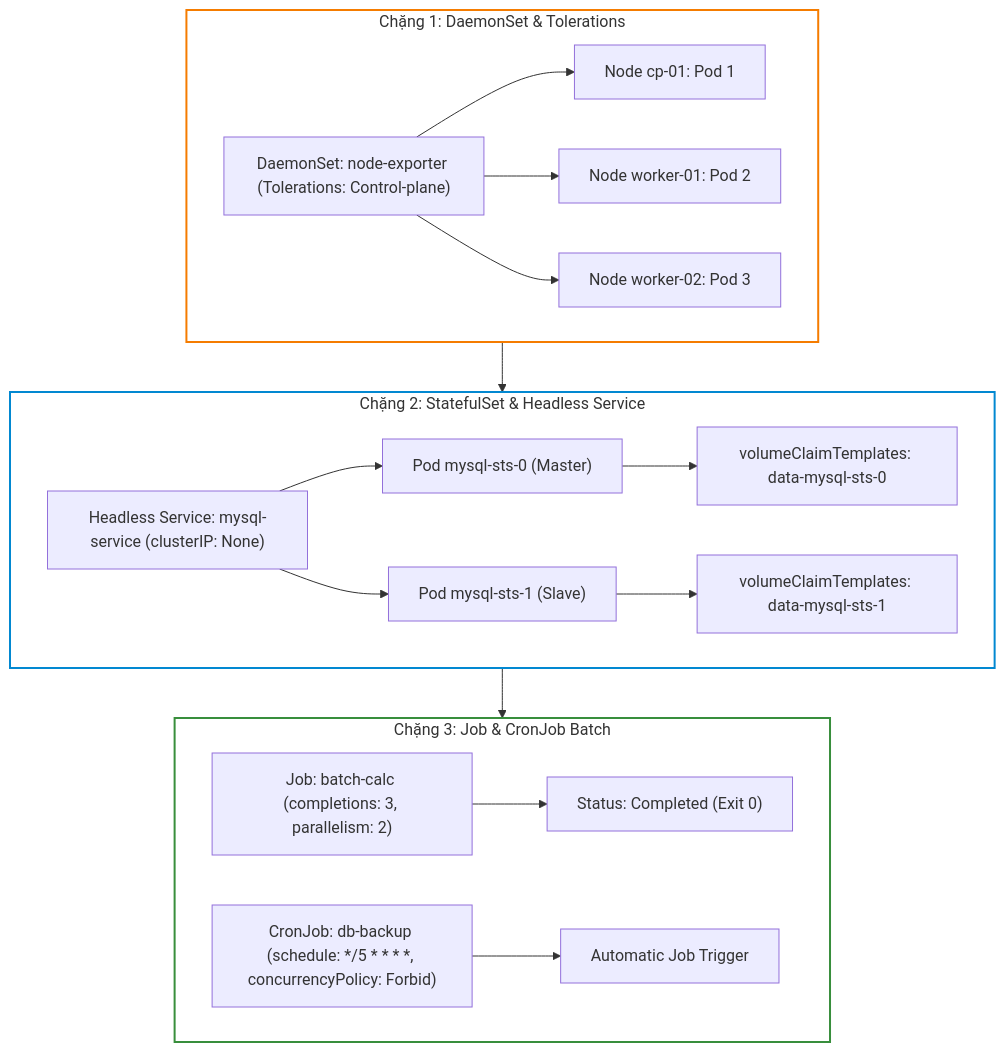
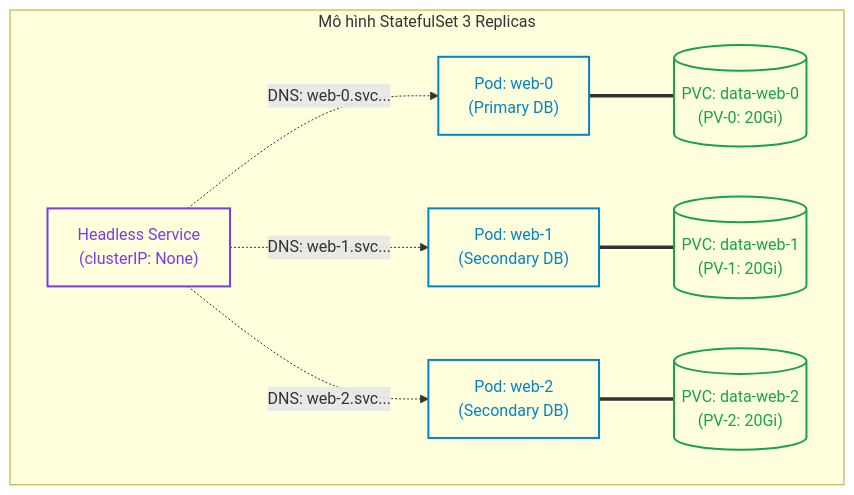
The second of 3 diagrams in _posts/2026-09-12-cka-16-16-daemonset-statefulset-job.md (kiennt308/ntk), drawn with Mermaid before and after one commit. The commit also changed other lines of this file and 39 other files, not shown here.

````diff
--- a/_posts/2026-09-12-cka-16-16-daemonset-statefulset-job.md
+++ b/_posts/2026-09-12-cka-16-16-daemonset-statefulset-job.md
@@ -513,26 +77,29 @@
 ```mermaid
 graph TD
-    subgraph DS_Lab ["Chặng 1: DaemonSet & Tolerations"]
-        DS["DaemonSet: node-exporter (Tolerations: Control-plane)"] --> NODE1["Node cp-01: Pod 1"]
-        DS --> NODE2["Node worker-01: Pod 2"]
-        DS --> NODE3["Node worker-02: Pod 3"]
+    subgraph StatefulSetModel ["Mô hình StatefulSet 3 Replicas"]
+        H_SVC["Headless Service<br>(clusterIP: None)"]
+        
+        Pod0["Pod: web-0<br>(Primary DB)"]
+        Pod1["Pod: web-1<br>(Secondary DB)"]
+        Pod2["Pod: web-2<br>(Secondary DB)"]
+        
+        PVC0[("PVC: data-web-0<br>(PV-0: 20Gi)")]
+        PVC1[("PVC: data-web-1<br>(PV-1: 20Gi)")]
+        PVC2[("PVC: data-web-2<br>(PV-2: 20Gi)")]
+        
+        H_SVC -.->|DNS: web-0.svc...| Pod0
+        H_SVC -.->|DNS: web-1.svc...| Pod1
+        H_SVC -.->|DNS: web-2.svc...| Pod2
+        
+        Pod0 === PVC0
+        Pod1 === PVC1
+        Pod2 === PVC2
     end
 
-    subgraph STS_Lab ["Chặng 2: StatefulSet & Headless Service"]
-        HS["Headless Service: mysql-service (clusterIP: None)"] --> POD0["Pod mysql-sts-0 (Master)"]
-        HS --> POD1["Pod mysql-sts-1 (Slave)"]
-        POD0 --> PVC0["volumeClaimTemplates: data-mysql-sts-0"]
-        POD1 --> PVC1["volumeClaimTemplates: data-mysql-sts-1"]
-    end
-
-    subgraph Batch_Lab ["Chặng 3: Job & CronJob Batch"]
-        JOB["Job: batch-calc (completions: 3, parallelism: 2)"] --> COMPLETED["Status: Completed (Exit 0)"]
-        CRON["CronJob: db-backup (schedule: */5 * * * *, concurrencyPolicy: Forbid)"] --> AUTO_JOB["Automatic Job Trigger"]
-    end
-
-    DS_Lab --> STS_Lab --> Batch_Lab
-
-    style DS_Lab fill:none,stroke:#f57c00,stroke-width:2px
-    style STS_Lab fill:none,stroke:#0288d1,stroke-width:2px
-    style Batch_Lab fill:none,stroke:#388e3c,stroke-width:2px
+    classDef sStyle fill:none,stroke:#7c3aed,stroke-width:2px,color:#7c3aed;
+    classDef pStyle fill:none,stroke:#0284c7,stroke-width:2px,color:#0284c7;
+    classDef vStyle fill:none,stroke:#16a34a,stroke-width:2px,color:#16a34a;
+    class H_SVC sStyle;
+    class Pod0,Pod1,Pod2 pStyle;
+    class PVC0,PVC1,PVC2 vStyle;
 ```
````
